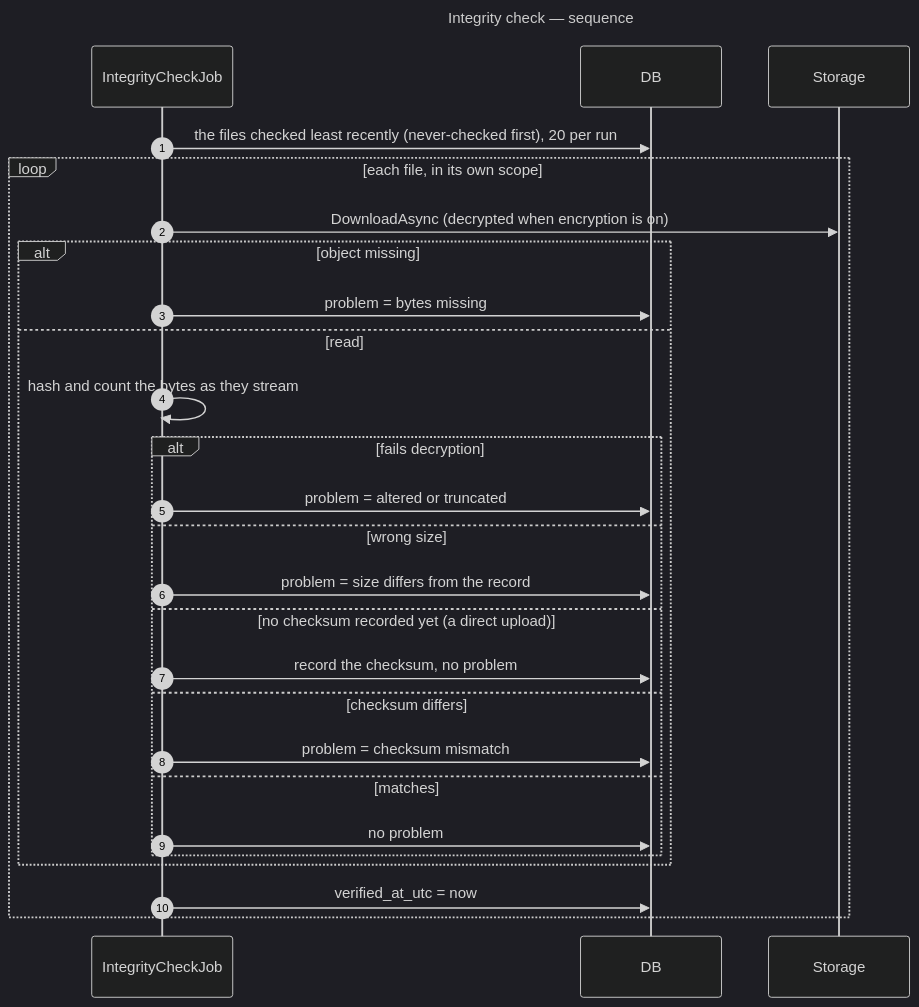
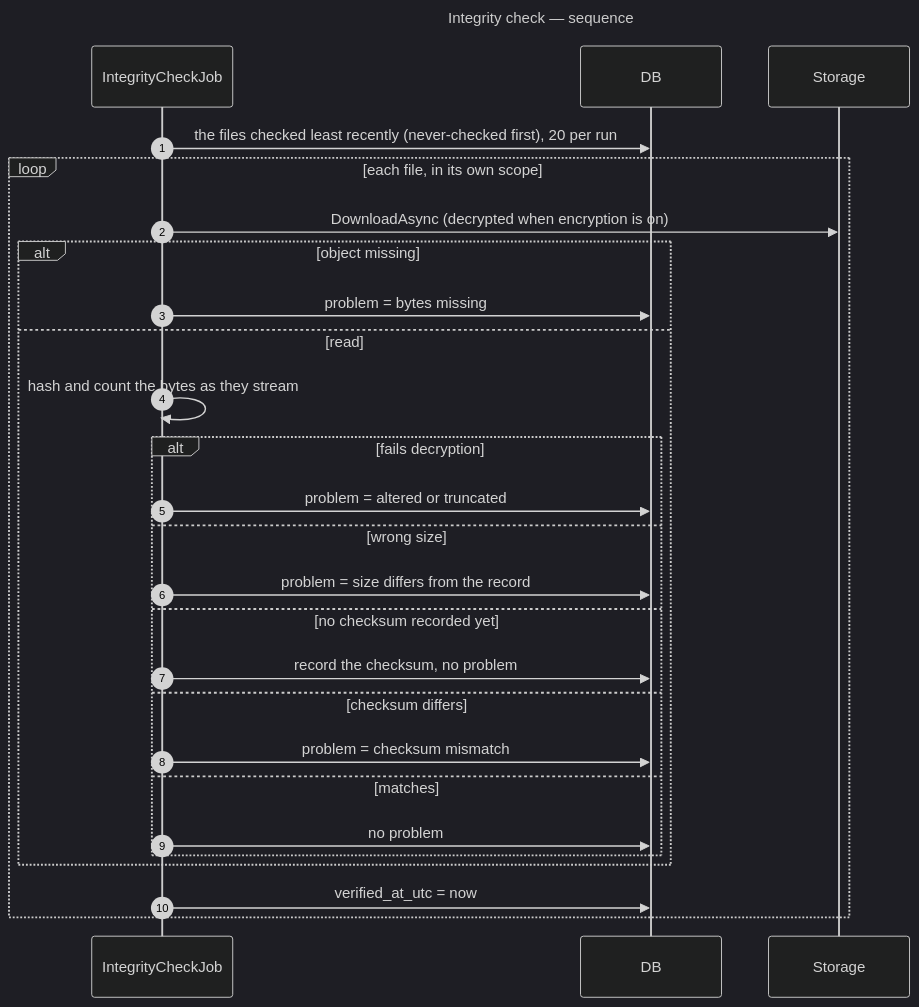
Before and after one commit to gmetskhvarishvili/GM.FileStorage.Samples: diagram 13 of 16 in docs/sequence-diagrams.md, drawn with Mermaid (dark theme). The commit also changed other lines of this file and 35 other files, not shown here.

````diff
--- a/docs/sequence-diagrams.md
+++ b/docs/sequence-diagrams.md
@@ -506,32 +466,32 @@
 ```mermaid
 ---
 title: Integrity check — sequence
 ---
 sequenceDiagram
     autonumber
     participant W as IntegrityCheckJob
     participant DB
     participant S as Storage
 
     W->>DB: the files checked least recently (never-checked first), 20 per run
     loop each file, in its own scope
         W->>S: DownloadAsync (decrypted when encryption is on)
         alt object missing
             W->>DB: problem = bytes missing
         else read
             W->>W: hash and count the bytes as they stream
             alt fails decryption
                 W->>DB: problem = altered or truncated
             else wrong size
                 W->>DB: problem = size differs from the record
-            else no checksum recorded yet (a direct upload)
+            else no checksum recorded yet
                 W->>DB: record the checksum, no problem
             else checksum differs
                 W->>DB: problem = checksum mismatch
             else matches
                 W->>DB: no problem
             end
         end
         W->>DB: verified_at_utc = now
     end
 ```
````
